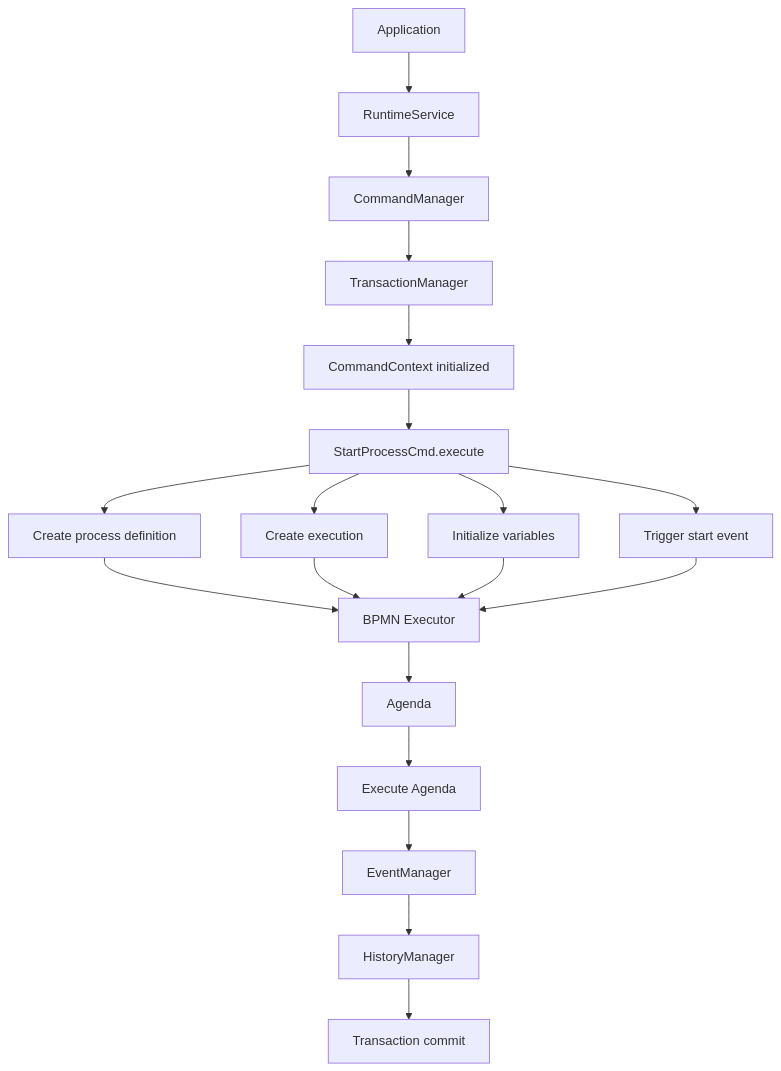
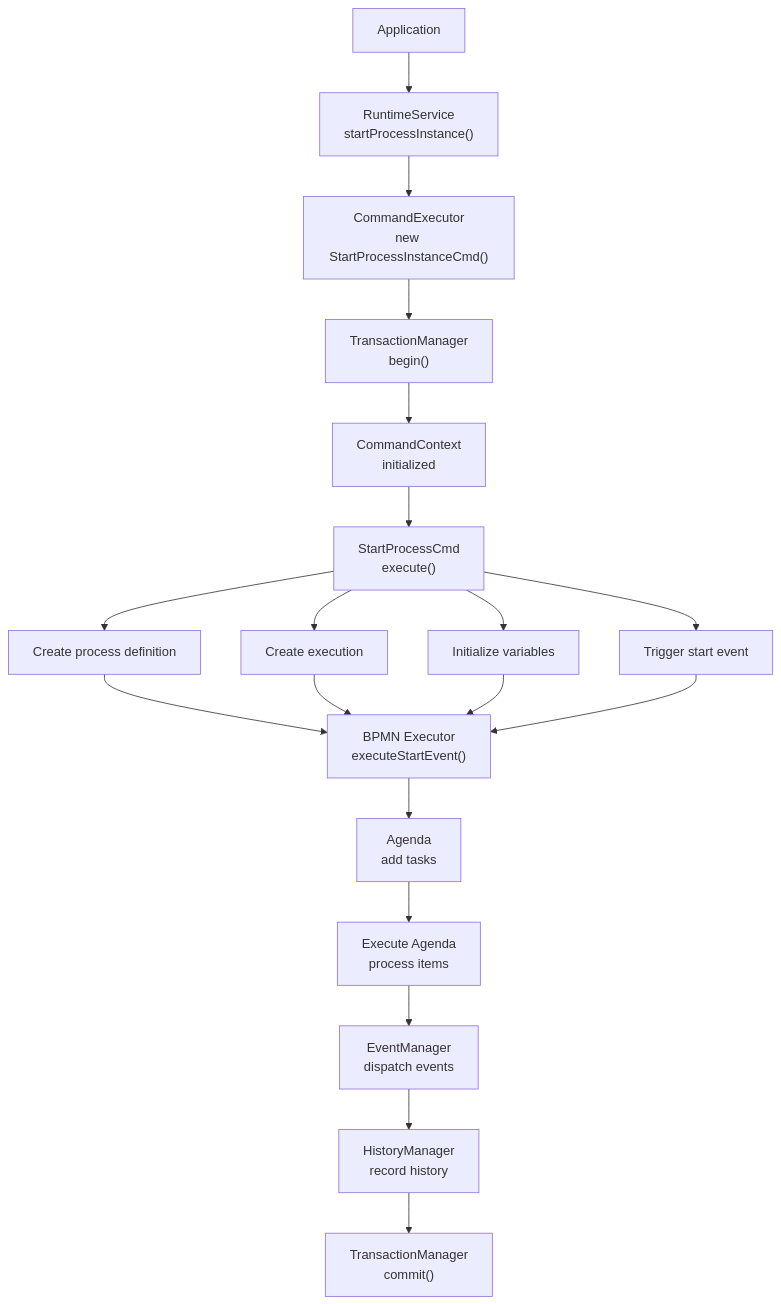
Before and after one commit to CaptainGlac1er/activiti-documentation: the fourth of 10 diagrams in docs/architecture/overview.md, drawn with Mermaid. The commit also changed other lines of this file and 34 other files, not shown here.

````diff
--- a/docs/architecture/overview.md
+++ b/docs/architecture/overview.md
@@ -287,24 +371,24 @@
 ```mermaid
 flowchart TD
-    App["Application"] --> Runtime["RuntimeService"]
-    Runtime --> CmdMgr["CommandManager"]
-    CmdMgr --> TxMgr["TransactionManager"]
-    TxMgr --> Init["CommandContext initialized"]
-    Init --> Execute["StartProcessCmd.execute"]
+    App["Application"] --> Runtime["RuntimeService<br>startProcessInstance()"]
+    Runtime --> CmdMgr["CommandExecutor<br>new StartProcessInstanceCmd()"]
+    CmdMgr --> TxMgr["TransactionManager<br>begin()"]
+    TxMgr --> Context["CommandContext<br>initialized"]
+    Context --> Execute["StartProcessCmd<br>execute()"]
     
     Execute --> CreateDef["Create process definition"]
     Execute --> CreateExec["Create execution"]
     Execute --> InitVars["Initialize variables"]
     Execute --> Trigger["Trigger start event"]
     
-    CreateDef --> BPMN["BPMN Executor"]
+    CreateDef --> BPMN["BPMN Executor<br>executeStartEvent()"]
     CreateExec --> BPMN
     InitVars --> BPMN
     Trigger --> BPMN
     
-    BPMN --> Agenda["Agenda"]
-    Agenda --> ExecAgenda["Execute Agenda"]
-    ExecAgenda --> EventMgr["EventManager"]
-    EventMgr --> HistoryMgr["HistoryManager"]
-    HistoryMgr --> Commit["Transaction commit"]
+    BPMN --> Agenda["Agenda<br>add tasks"]
+    Agenda --> ExecAgenda["Execute Agenda<br>process items"]
+    ExecAgenda --> EventMgr["EventManager<br>dispatch events"]
+    EventMgr --> HistoryMgr["HistoryManager<br>record history"]
+    HistoryMgr --> Commit["TransactionManager<br>commit()"]
 ```
````
